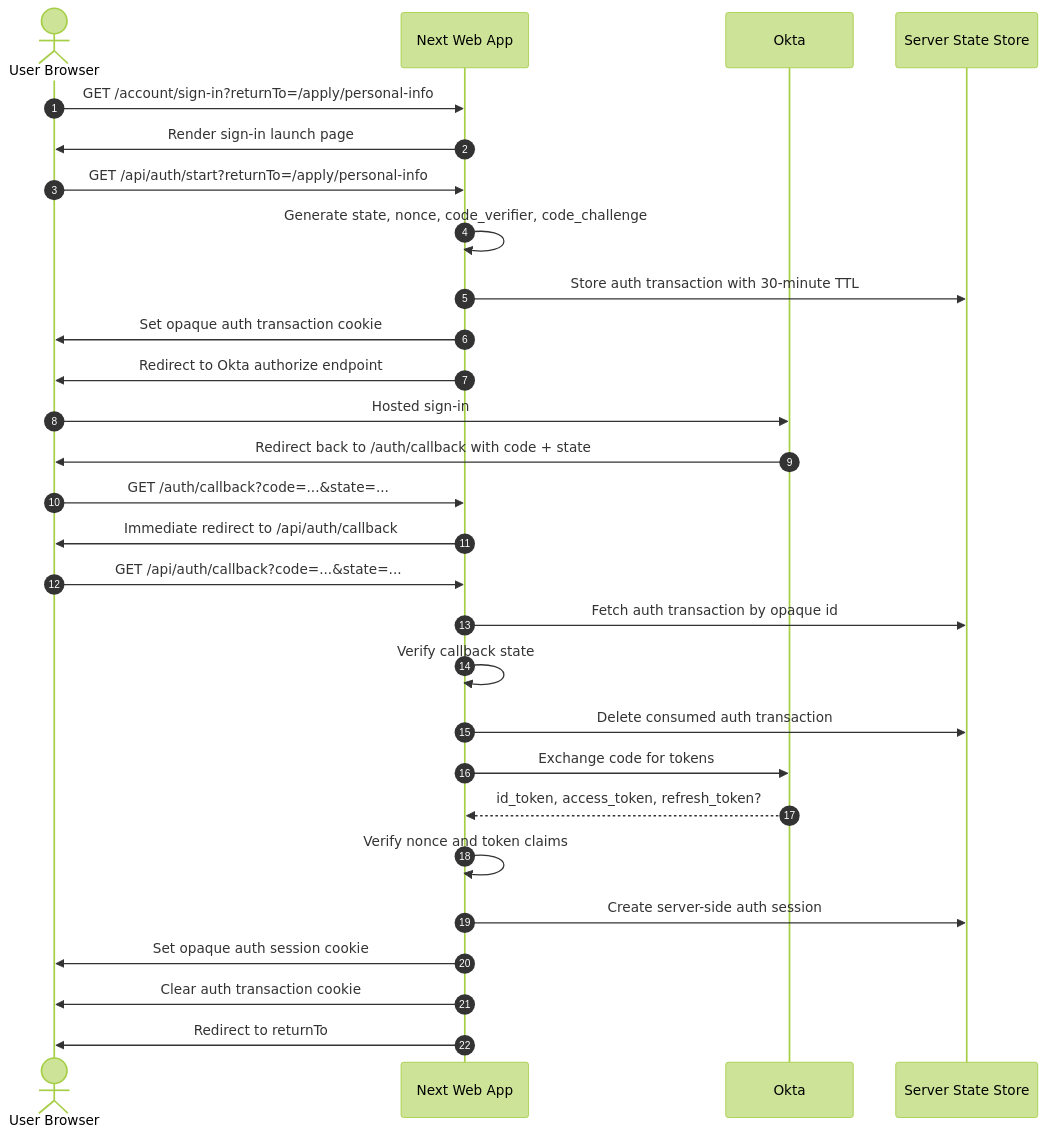
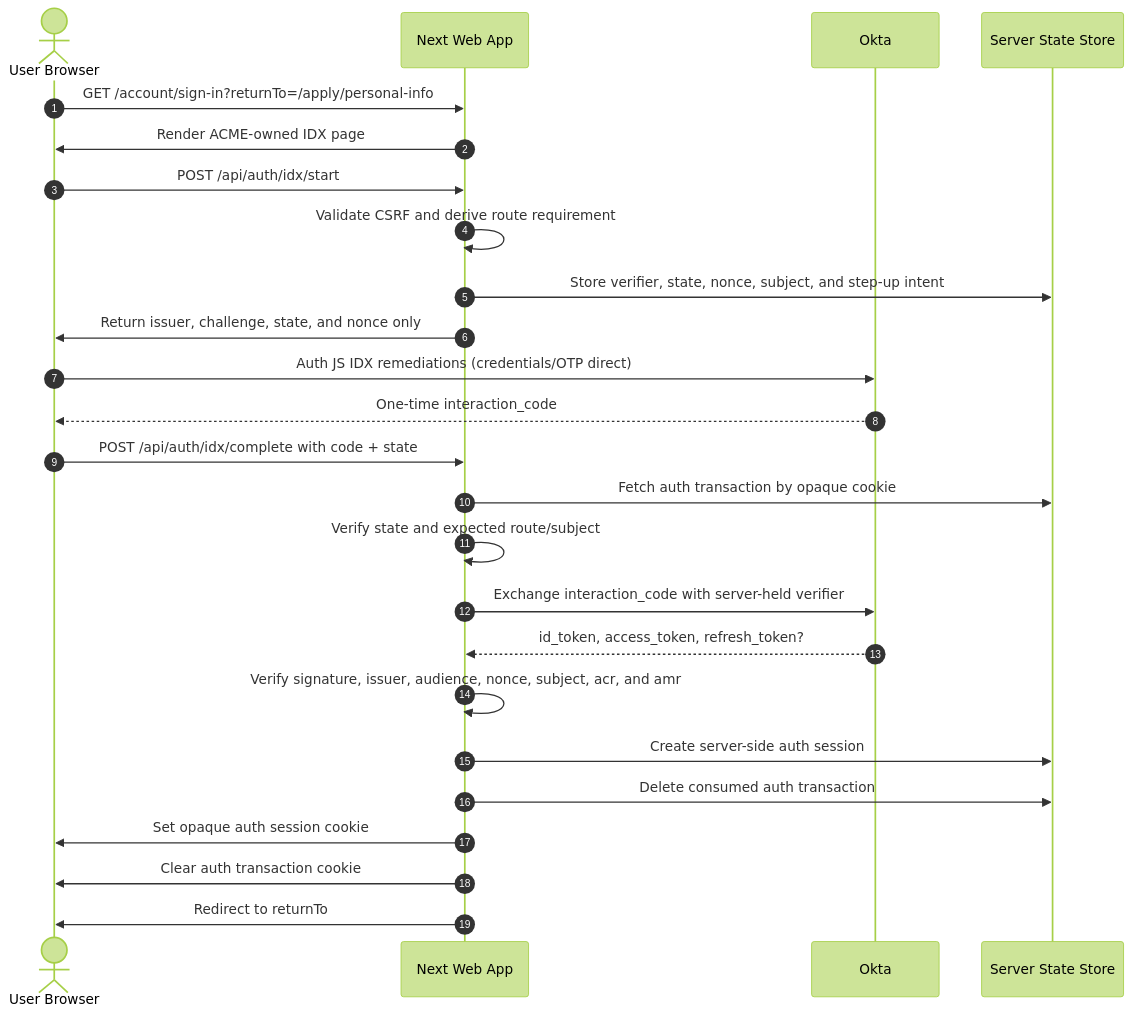
The first of 5 diagrams in docs/architecture/auth-server-flows.md (vc4u2c/acme-los), drawn with Mermaid (forest theme) before and after one commit. The commit also changed other lines of this file and 121 other files, not shown here.

Commit message:
Feature/okta idx experience (#113)

````diff
--- a/docs/architecture/auth-server-flows.md
+++ b/docs/architecture/auth-server-flows.md
@@ -102,31 +105,28 @@
 ```mermaid
 sequenceDiagram
   autonumber
   actor U as User Browser
   participant W as Next Web App
   participant O as Okta
   participant S as Server State Store
 
   U->>W: GET /account/sign-in?returnTo=/apply/personal-info
-  W->>U: Render sign-in launch page
-  U->>W: GET /api/auth/start?returnTo=/apply/personal-info
-  W->>W: Generate state, nonce, code_verifier, code_challenge
-  W->>S: Store auth transaction with 30-minute TTL
-  W->>U: Set opaque auth transaction cookie
-  W->>U: Redirect to Okta authorize endpoint
-  U->>O: Hosted sign-in
-  O->>U: Redirect back to /auth/callback with code + state
-  U->>W: GET /auth/callback?code=...&state=...
-  W->>U: Immediate redirect to /api/auth/callback
-  U->>W: GET /api/auth/callback?code=...&state=...
-  W->>S: Fetch auth transaction by opaque id
-  W->>W: Verify callback state
+  W->>U: Render ACME-owned IDX page
+  U->>W: POST /api/auth/idx/start
+  W->>W: Validate CSRF and derive route requirement
+  W->>S: Store verifier, state, nonce, subject, and step-up intent
+  W->>U: Return issuer, challenge, state, and nonce only
+  U->>O: Auth JS IDX remediations (credentials/OTP direct)
+  O-->>U: One-time interaction_code
+  U->>W: POST /api/auth/idx/complete with code + state
+  W->>S: Fetch auth transaction by opaque cookie
+  W->>W: Verify state and expected route/subject
+  W->>O: Exchange interaction_code with server-held verifier
+  O-->>W: id_token, access_token, refresh_token?
+  W->>W: Verify signature, issuer, audience, nonce, subject, acr, and amr
+  W->>S: Create server-side auth session
   W->>S: Delete consumed auth transaction
-  W->>O: Exchange code for tokens
-  O-->>W: id_token, access_token, refresh_token?
-  W->>W: Verify nonce and token claims
-  W->>S: Create server-side auth session
   W->>U: Set opaque auth session cookie
   W->>U: Clear auth transaction cookie
   W->>U: Redirect to returnTo
 ```
````
